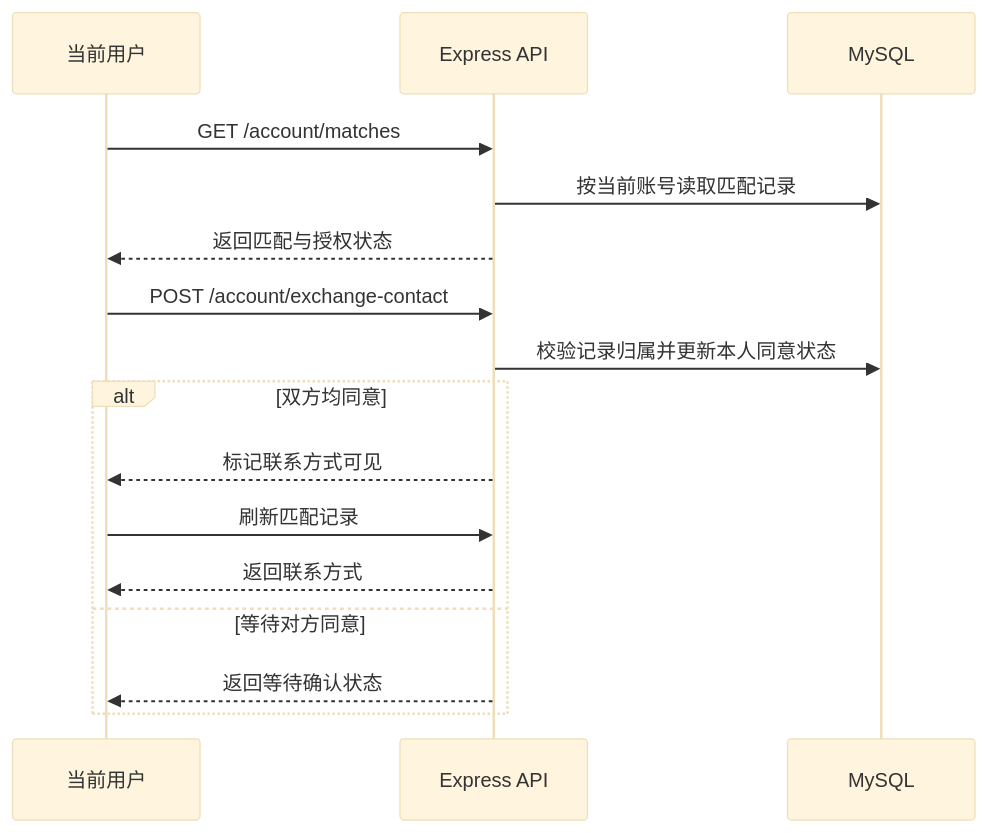
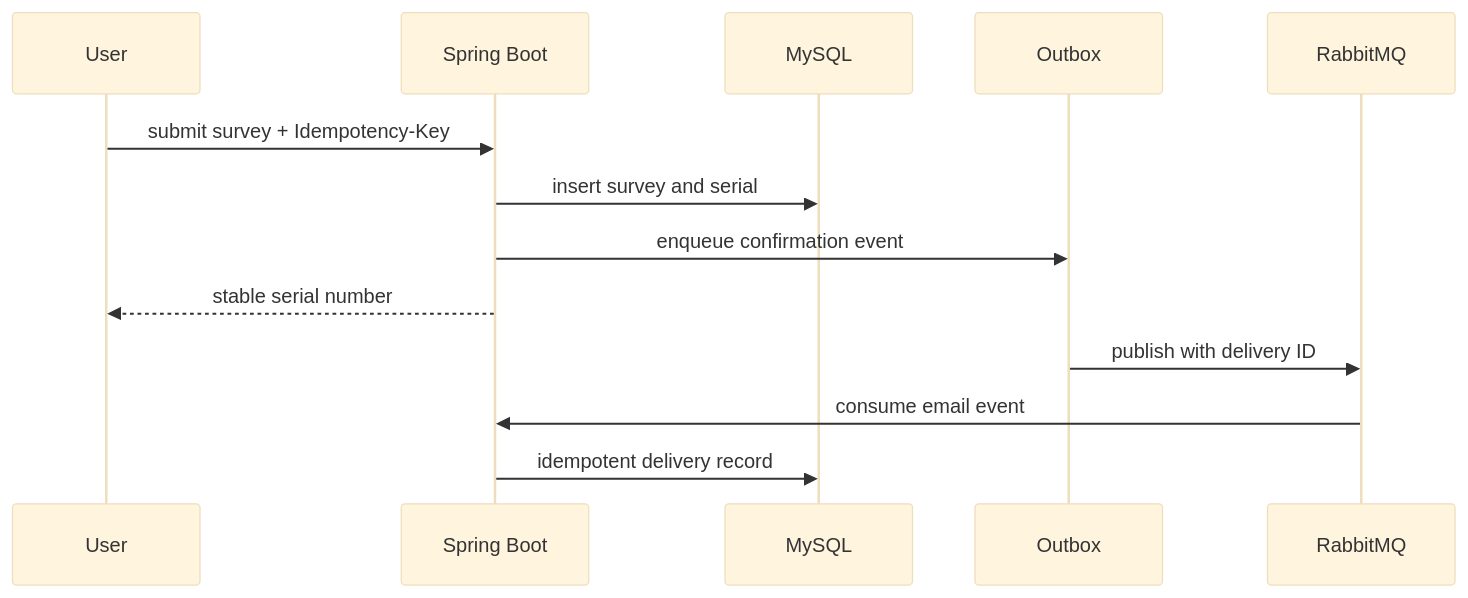
One commit to JJJJCCCCCCC/fancyU changed the second of 3 diagrams in README.md. Above: the diagram before and after it, drawn with Mermaid (base theme). The commit also changed other lines of this file and 159 other files, not shown here.

Commit message:
feat: publish FancyU Spring Boot and FastAPI modernization

````diff
--- a/README.md
+++ b/README.md
@@ -48,18 +42,16 @@
 ```mermaid
 sequenceDiagram
-    participant U as 当前用户
-    participant API as Express API
+    participant U as User
+    participant API as Spring Boot
     participant DB as MySQL
-    U->>API: GET /account/matches
-    API->>DB: 按当前账号读取匹配记录
-    API-->>U: 返回匹配与授权状态
-    U->>API: POST /account/exchange-contact
-    API->>DB: 校验记录归属并更新本人同意状态
-    alt 双方均同意
-        API-->>U: 标记联系方式可见
-        U->>API: 刷新匹配记录
-        API-->>U: 返回联系方式
-    else 等待对方同意
-        API-->>U: 返回等待确认状态
-    end
+    participant O as Outbox
+    participant MQ as RabbitMQ
+
+    U->>API: submit survey + Idempotency-Key
+    API->>DB: insert survey and serial
+    API->>O: enqueue confirmation event
+    API-->>U: stable serial number
+    O->>MQ: publish with delivery ID
+    MQ->>API: consume email event
+    API->>DB: idempotent delivery record
 ```
````
